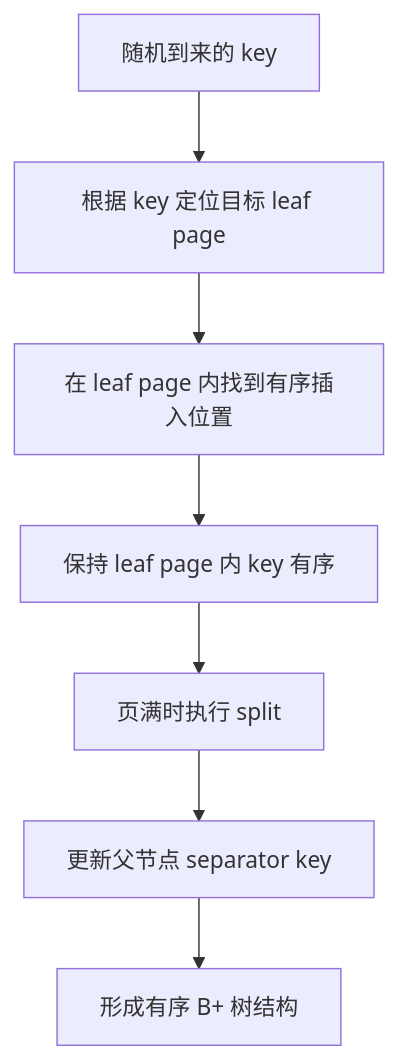
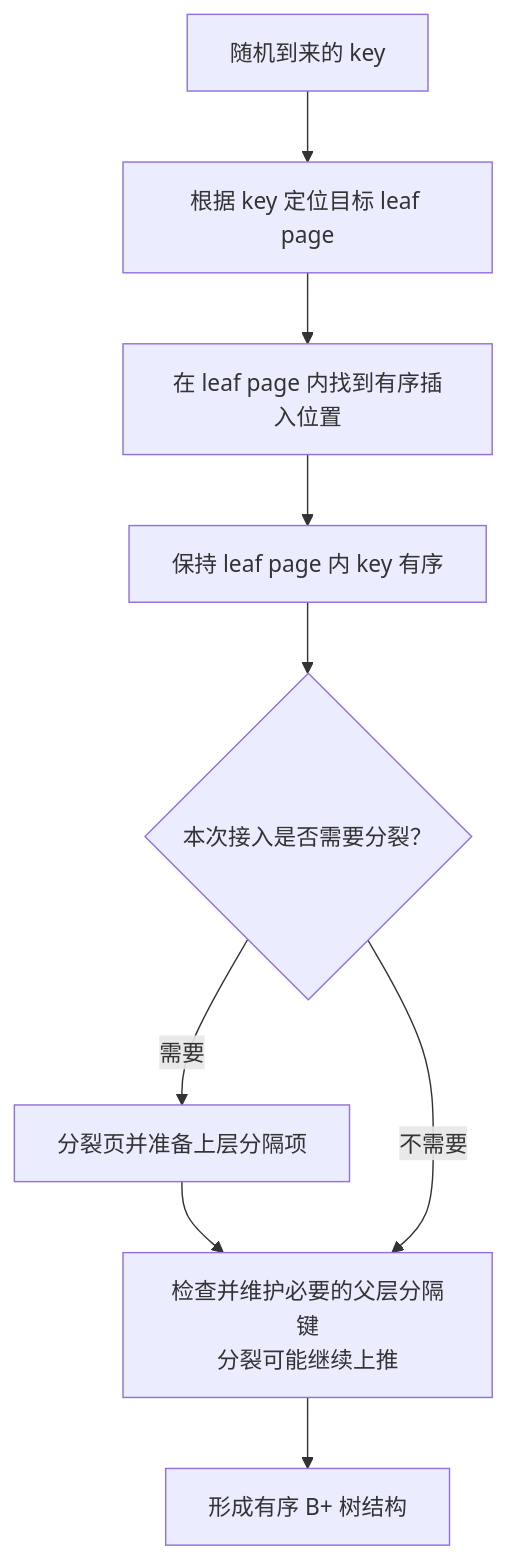
The sixth of 24 diagrams in knowledge/linux/data_structures/红黑树_rb-tree/P34_从多路节点到页级索引.md (FormingSystem/linux_note), drawn with Mermaid before and after one commit. The commit also changed other lines of this file and 8 other files, not shown here.

````diff
--- a/knowledge/linux/data_structures/红黑树_rb-tree/P34_从多路节点到页级索引.md
+++ b/knowledge/linux/data_structures/红黑树_rb-tree/P34_从多路节点到页级索引.md
@@ -260,17 +259,20 @@
 ```mermaid
 graph TD
 	random_insert["随机到来的 key"]
 	find_leaf["根据 key 定位目标 leaf page"]
 	insert_slot["在 leaf page 内找到有序插入位置"]
 	keep_order["保持 leaf page 内 key 有序"]
-	split_if_needed["页满时执行 split"]
-	update_parent["更新父节点 separator key"]
+	split_if_needed{"本次接入是否需要分裂？"}
+	split_page["分裂页并准备上层分隔项"]
+	update_parent["检查并维护必要的父层分隔键<br/>分裂可能继续上推"]
 	ordered_tree["形成有序 B+ 树结构"]
 
 	random_insert --> find_leaf
 	find_leaf --> insert_slot
 	insert_slot --> keep_order
 	keep_order --> split_if_needed
-	split_if_needed --> update_parent
+	split_if_needed -- "需要" --> split_page
+	split_page --> update_parent
+	split_if_needed -- "不需要" --> update_parent
 	update_parent --> ordered_tree
 ```
````
